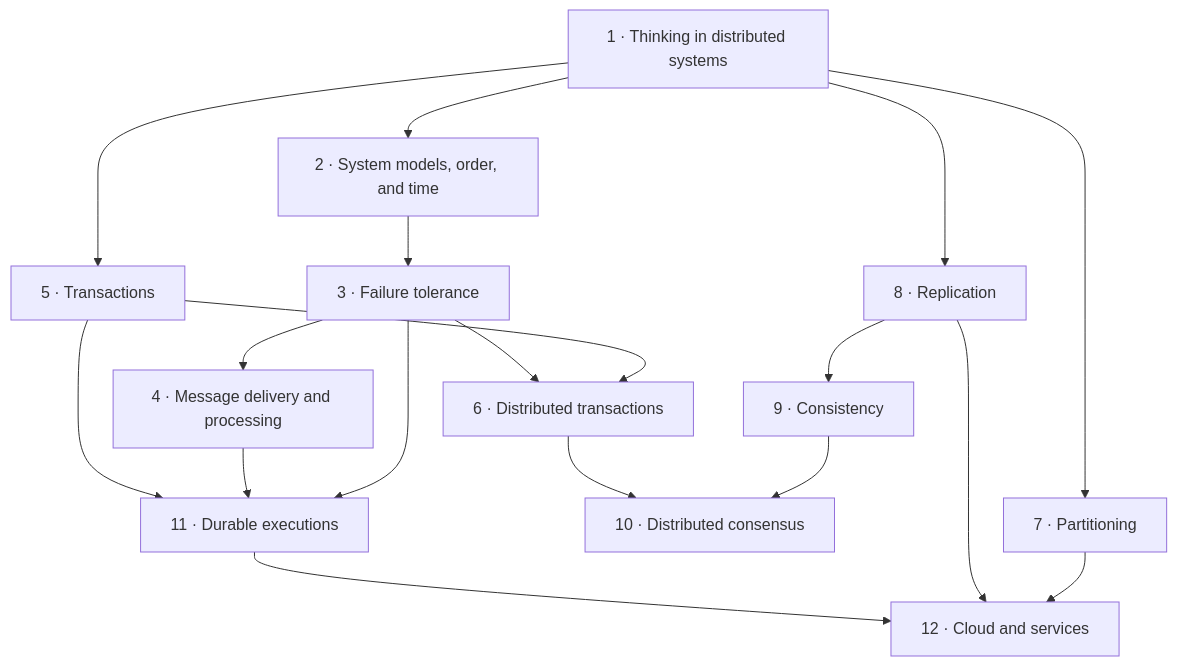
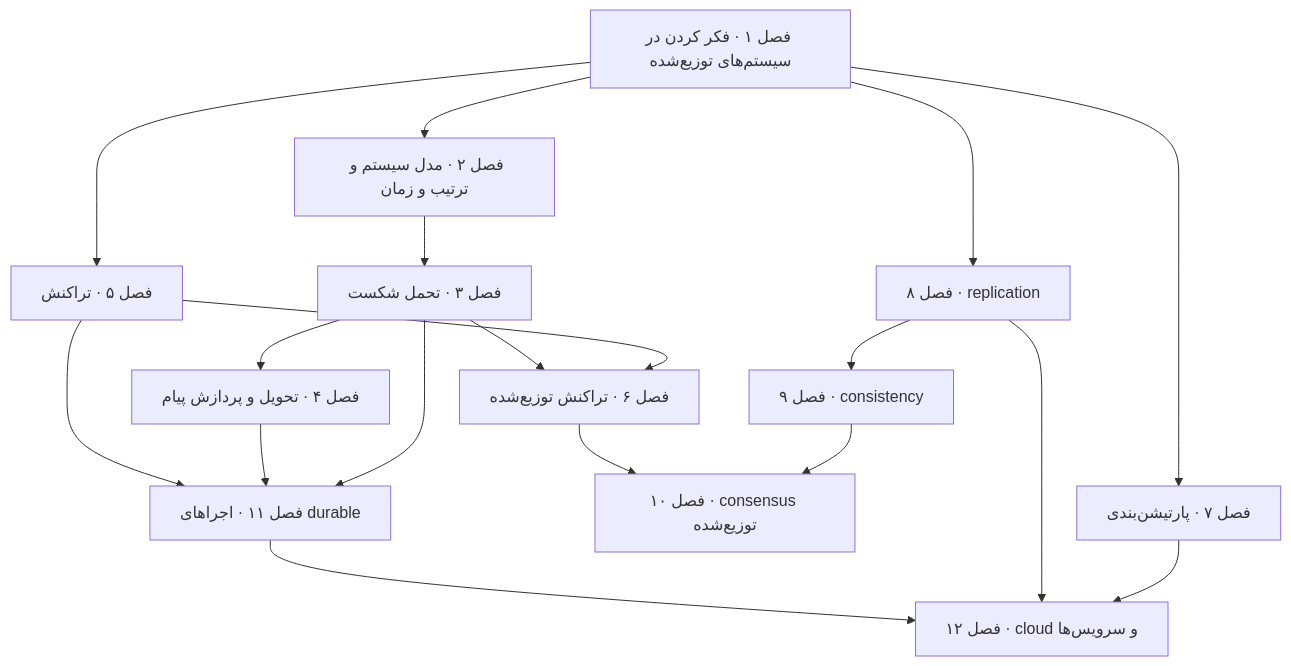
The diagram in books/think-distributed-systems/README.md (AlirezaHanifi/knowledge-vault), drawn with Mermaid before and after one commit. The commit also changed other lines of this file and 50 other files, not shown here.

First line of the commit message:
feat: Think Distributed Systems in Persian, with In practice callouts and a framework

````diff
--- a/books/think-distributed-systems/README.md
+++ b/books/think-distributed-systems/README.md
@@ -50,11 +51,11 @@
 ```mermaid
 flowchart TB
-    C1["1 · Thinking in distributed systems"] --> C2["2 · System models, order, and time"] --> C3["3 · Failure tolerance"] --> C4["4 · Message delivery and processing"]
-    C1 --> C5["5 · Transactions"] --> C6["6 · Distributed transactions"]
+    C1["فصل ۱ · فکر کردن در سیستم‌های توزیع‌شده"] --> C2["فصل ۲ · مدل سیستم و ترتیب و زمان"] --> C3["فصل ۳ · تحمل شکست"] --> C4["فصل ۴ · تحویل و پردازش پیام"]
+    C1 --> C5["فصل ۵ · تراکنش"] --> C6["فصل ۶ · تراکنش توزیع‌شده"]
     C3 --> C6
-    C1 --> C7["7 · Partitioning"]
-    C1 --> C8["8 · Replication"] --> C9["9 · Consistency"] --> C10["10 · Distributed consensus"]
+    C1 --> C7["فصل ۷ · پارتیشن‌بندی"]
+    C1 --> C8["فصل ۸ · replication"] --> C9["فصل ۹ · consistency"] --> C10["فصل ۱۰ · consensus توزیع‌شده"]
     C6 --> C10
-    C3 & C4 & C5 --> C11["11 · Durable executions"]
-    C7 & C8 & C11 --> C12["12 · Cloud and services"]
+    C3 & C4 & C5 --> C11["فصل ۱۱ · اجراهای durable"]
+    C7 & C8 & C11 --> C12["فصل ۱۲ · cloud و سرویس‌ها"]
 ```
````
